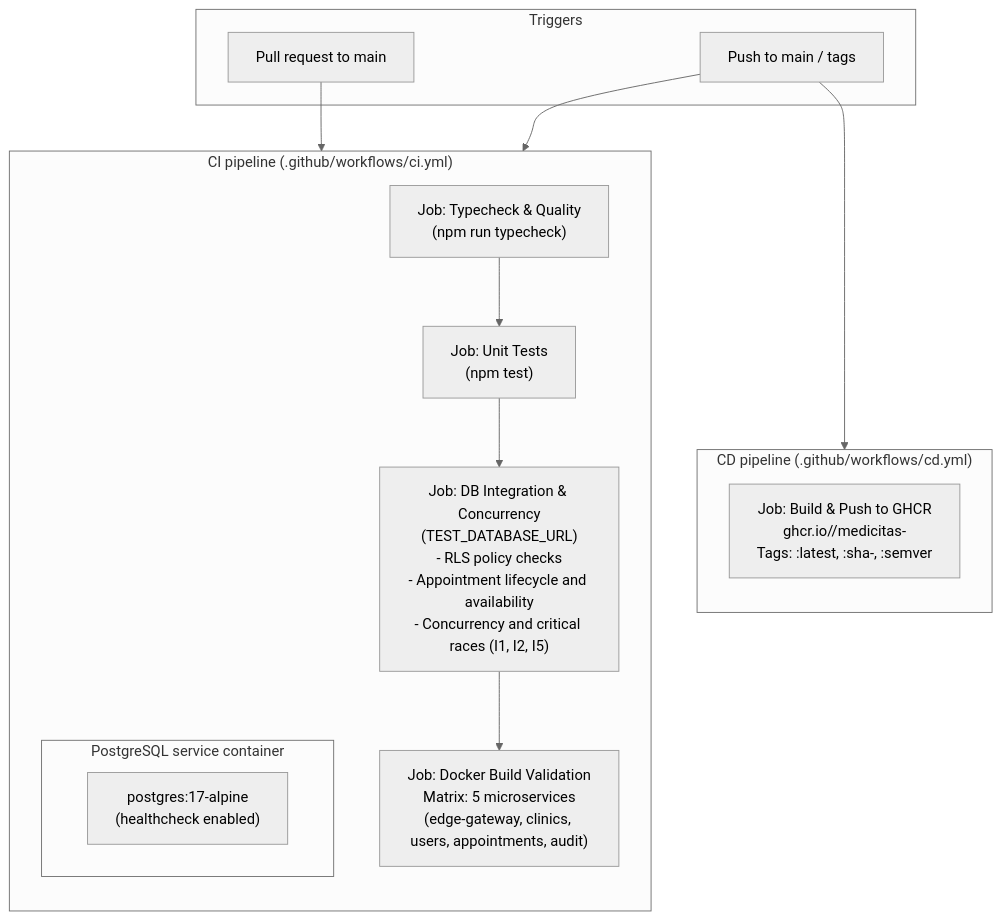
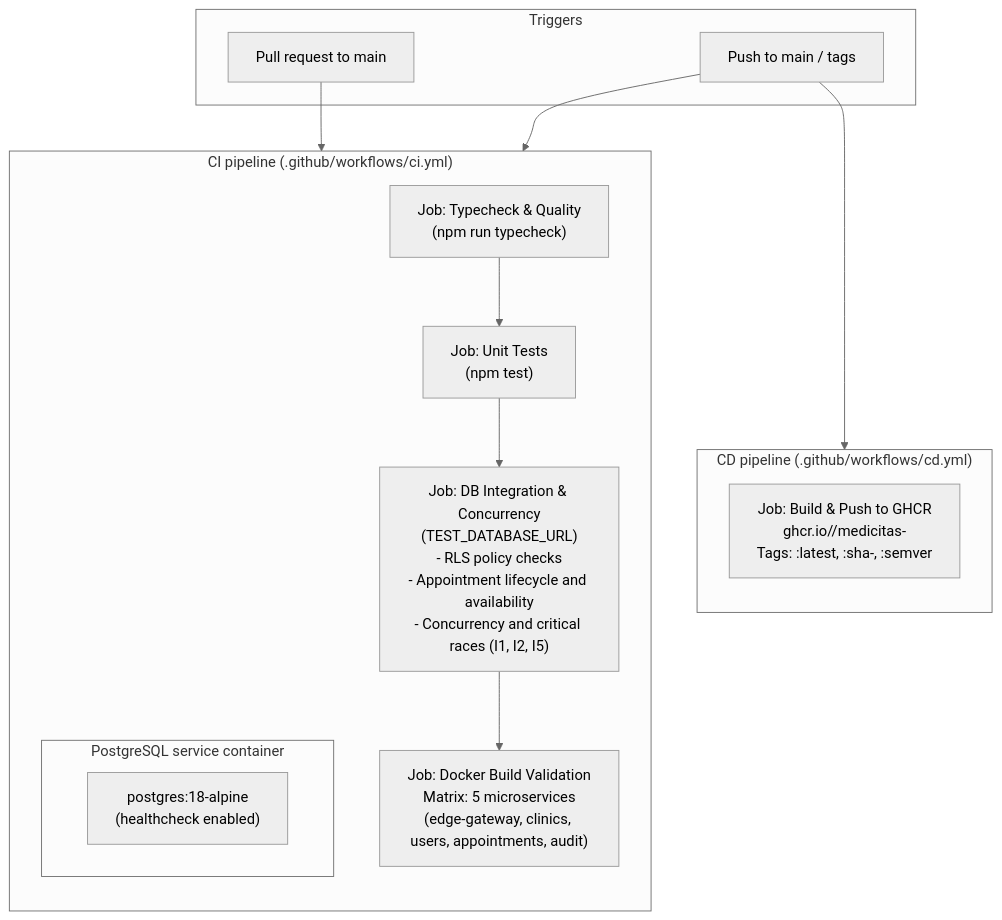
Before and after one commit to ErikZF/MediCitas: the diagram in docs/ci-cd.md, drawn with Mermaid (neutral theme). The commit also changed other lines of this file and 11 other files, not shown here.

Commit message:
feat(services): use native uuidv7() in drizzle schemas, tests, and docs

````diff
--- a/docs/ci-cd.md
+++ b/docs/ci-cd.md
@@ -11,33 +11,33 @@
 ```mermaid
 flowchart TD
     subgraph Eventos["Triggers"]
         PR["Pull request to main"]
         PushMain["Push to main / tags"]
     end
 
     subgraph CI["CI pipeline (.github/workflows/ci.yml)"]
         direction TB
         Quality["Job: Typecheck & Quality\n(npm run typecheck)"]
         UnitTest["Job: Unit Tests\n(npm test)"]
         
         subgraph PostgresService["PostgreSQL service container"]
-            PG["postgres:17-alpine\n(healthcheck enabled)"]
+            PG["postgres:18-alpine\n(healthcheck enabled)"]
         end
         
         IntegTest["Job: DB Integration & Concurrency\n(TEST_DATABASE_URL)\n- RLS policy checks\n- Appointment lifecycle and availability\n- Concurrency and critical races (I1, I2, I5)"]
         DockerBuild["Job: Docker Build Validation\nMatrix: 5 microservices\n(edge-gateway, clinics, users, appointments, audit)"]
 
         Quality --> UnitTest
         UnitTest --> IntegTest
         IntegTest --> DockerBuild
     end
 
     subgraph CD["CD pipeline (.github/workflows/cd.yml)"]
         direction TB
         Publish["Job: Build & Push to GHCR\nghcr.io/<owner>/medicitas-<service>\nTags: :latest, :sha-<commit>, :semver"]
     end
 
     PR --> CI
     PushMain --> CI
     PushMain --> CD
 ```
````
